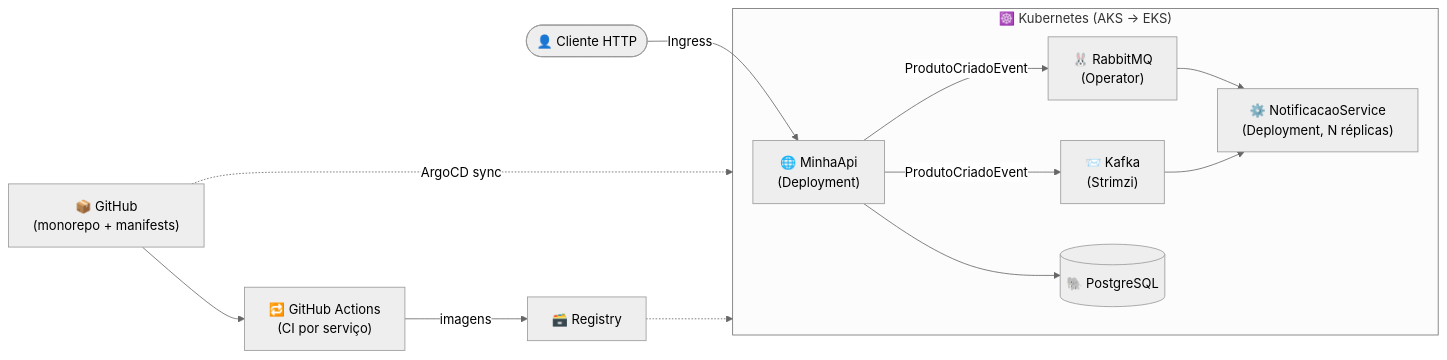
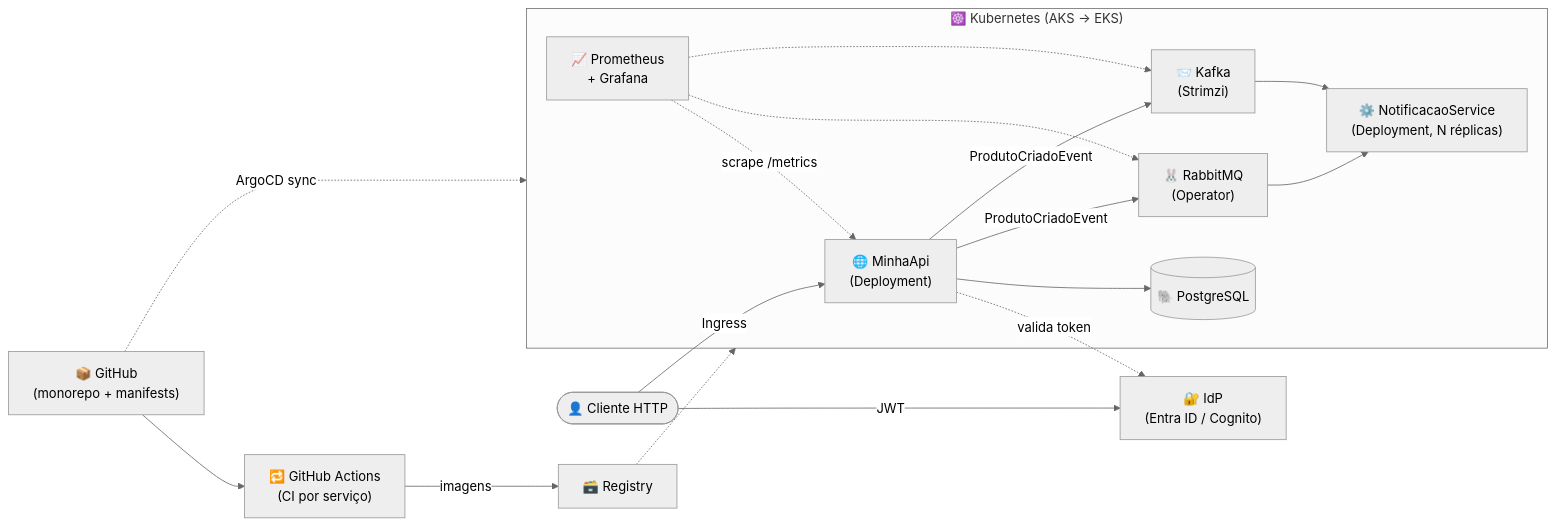
Before and after one commit to rafaelwn/dotnet-microservice-template: the diagram in docs/ROADMAP.md, drawn with Mermaid (neutral theme). The commit also changed other lines of this file, not shown here.

First line of the commit message:
docs(roadmap): fase de segurança (JWT/Keycloak/Entra ID/Cognito), Grafana na observabilidade e backlog de performance

````diff
--- a/docs/ROADMAP.md
+++ b/docs/ROADMAP.md
@@ -153,18 +186,25 @@
 ```mermaid
 flowchart LR
     subgraph cluster["☸️ Kubernetes (AKS → EKS)"]
         api["🌐 MinhaApi<br/>(Deployment)"]
         worker["⚙️ NotificacaoService<br/>(Deployment, N réplicas)"]
         rabbit["🐰 RabbitMQ<br/>(Operator)"]
         kafka["📨 Kafka<br/>(Strimzi)"]
         pg[("🐘 PostgreSQL")]
+        graf["📈 Prometheus<br/>+ Grafana"]
     end
-    user(["👤 Cliente HTTP"]) -->|Ingress| api
+    idp["🔐 IdP<br/>(Entra ID / Cognito)"]
+    user(["👤 Cliente HTTP"]) -->|JWT| idp
+    user -->|Ingress| api
+    api -.->|valida token| idp
+    graf -.->|scrape /metrics| api
+    graf -.-> rabbit
+    graf -.-> kafka
     api --> pg
     api -->|ProdutoCriadoEvent| rabbit --> worker
     api -->|ProdutoCriadoEvent| kafka --> worker
     repo["📦 GitHub<br/>(monorepo + manifests)"] -.->|ArgoCD sync| cluster
     ci["🔁 GitHub Actions<br/>(CI por serviço)"] -->|imagens| ghcr["🗃️ Registry"]
     repo --> ci
     ghcr -.-> cluster
 ```
````
